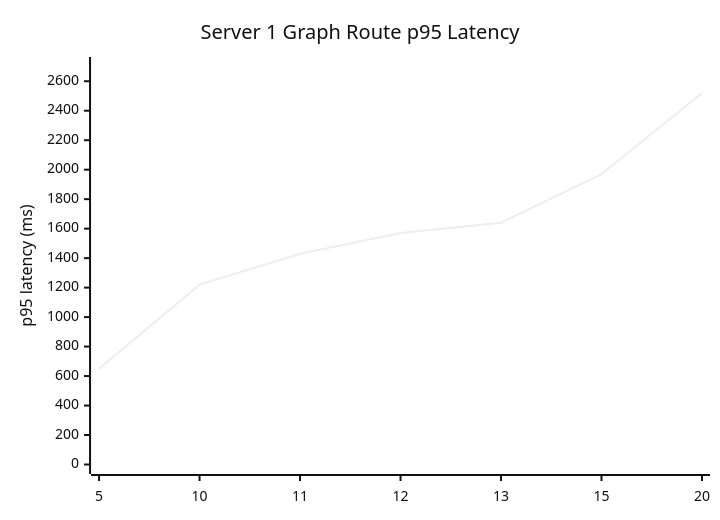
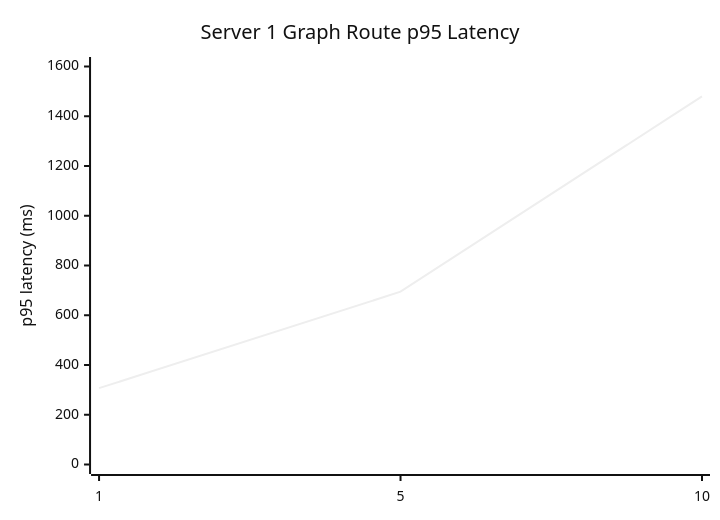
One commit to atenatiwosgetachew1-ET/Linkx-Backend_Beta_v1 changed the second of 4 diagrams in docs/server1_stress_visuals.md. Above: the diagram before and after it, drawn with Mermaid (neutral theme). The commit also changed other lines of this file and 1 other file, not shown here.

````diff
--- a/docs/server1_stress_visuals.md
+++ b/docs/server1_stress_visuals.md
@@ -42,7 +35,7 @@
 ```mermaid
 xychart-beta
     title "Server 1 Graph Route p95 Latency"
-    x-axis [5, 10, 11, 12, 13, 15, 20]
-    y-axis "p95 latency (ms)" 0 --> 2700
-    line [650.11, 1220, 1430, 1570, 1640, 1970, 2520]
+    x-axis [1, 5, 10]
+    y-axis "p95 latency (ms)" 0 --> 1600
+    line [306.97, 694.67, 1480]
 ```
````
